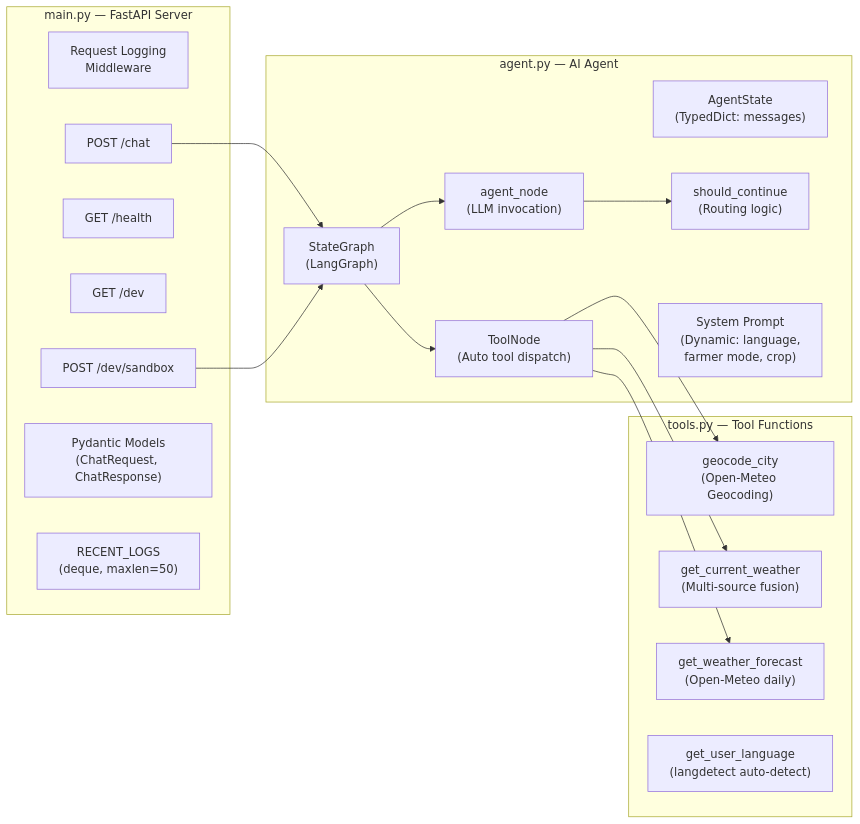
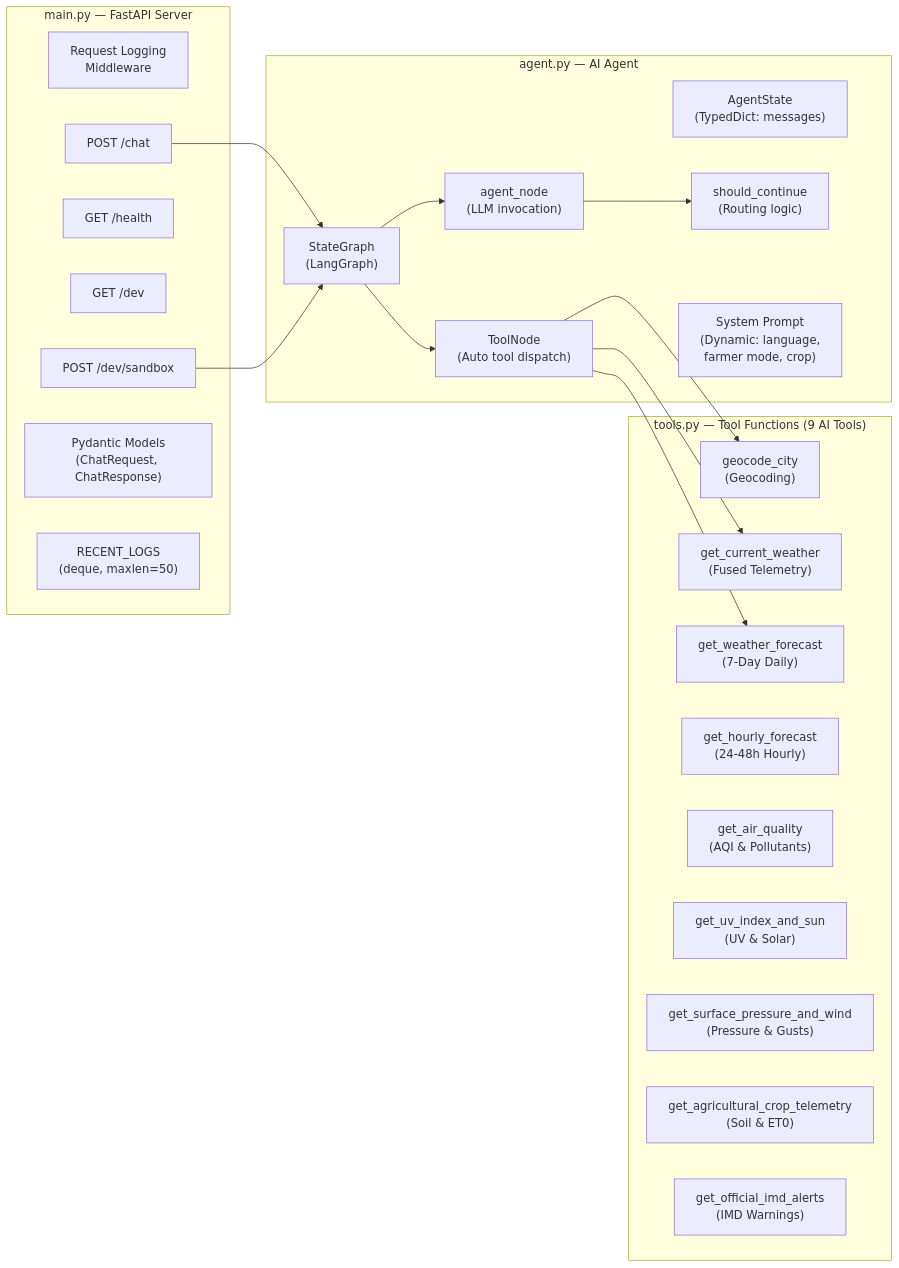
The second of 11 diagrams in frontend/WeatherGPT_Architecture.md (omsenjalia/weathergpt), drawn with Mermaid before and after one commit. The commit also changed other lines of this file, not shown here.

Commit message:
docs: update WeatherGPT_Architecture.md with multi-model cascade, 9 specialized tools, domain guardrails, vector branding, and Vercel build flags

````diff
--- a/frontend/WeatherGPT_Architecture.md
+++ b/frontend/WeatherGPT_Architecture.md
@@ -281,37 +287,42 @@
 ```mermaid
 graph LR
     subgraph "main.py — FastAPI Server"
         MW["Request Logging<br/>Middleware"]
         EP_CHAT["POST /chat"]
         EP_HEALTH["GET /health"]
         EP_DEV["GET /dev"]
         EP_SANDBOX["POST /dev/sandbox"]
         MODELS["Pydantic Models<br/>(ChatRequest, ChatResponse)"]
         LOGS["RECENT_LOGS<br/>(deque, maxlen=50)"]
     end
 
     subgraph "agent.py — AI Agent"
         STATE["AgentState<br/>(TypedDict: messages)"]
         GRAPH["StateGraph<br/>(LangGraph)"]
         AGENT_NODE["agent_node<br/>(LLM invocation)"]
         TOOL_NODE["ToolNode<br/>(Auto tool dispatch)"]
         CONTINUE["should_continue<br/>(Routing logic)"]
         PROMPT["System Prompt<br/>(Dynamic: language,<br/>farmer mode, crop)"]
     end
 
-    subgraph "tools.py — Tool Functions"
-        T1["geocode_city<br/>(Open-Meteo Geocoding)"]
-        T2["get_current_weather<br/>(Multi-source fusion)"]
-        T3["get_weather_forecast<br/>(Open-Meteo daily)"]
-        T4["get_user_language<br/>(langdetect auto-detect)"]
+    subgraph "tools.py — Tool Functions (9 AI Tools)"
+        T1["geocode_city<br/>(Geocoding)"]
+        T2["get_current_weather<br/>(Fused Telemetry)"]
+        T3["get_weather_forecast<br/>(7-Day Daily)"]
+        T4["get_hourly_forecast<br/>(24-48h Hourly)"]
+        T5["get_air_quality<br/>(AQI & Pollutants)"]
+        T6["get_uv_index_and_sun<br/>(UV & Solar)"]
+        T7["get_surface_pressure_and_wind<br/>(Pressure & Gusts)"]
+        T8["get_agricultural_crop_telemetry<br/>(Soil & ET0)"]
+        T9["get_official_imd_alerts<br/>(IMD Warnings)"]
     end
 
     EP_CHAT --> GRAPH
     EP_SANDBOX --> GRAPH
     GRAPH --> AGENT_NODE
     GRAPH --> TOOL_NODE
     AGENT_NODE --> CONTINUE
     TOOL_NODE --> T1
     TOOL_NODE --> T2
     TOOL_NODE --> T3
 ```
````
